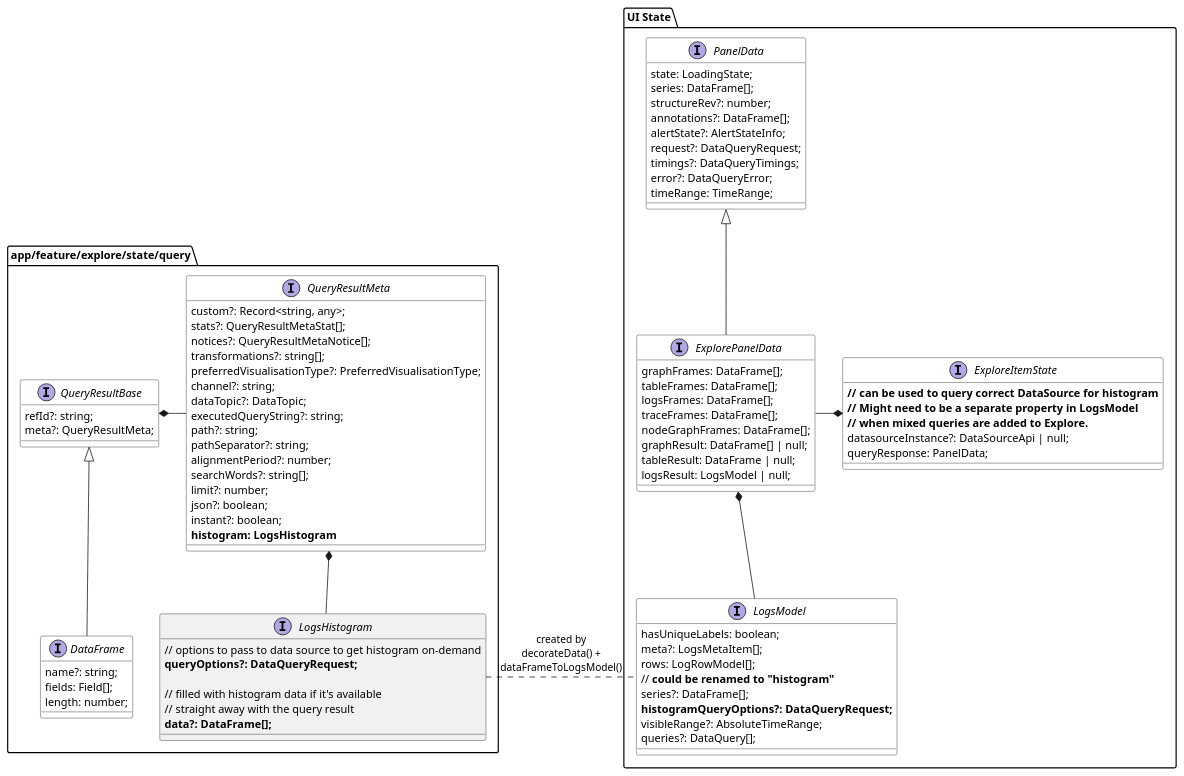
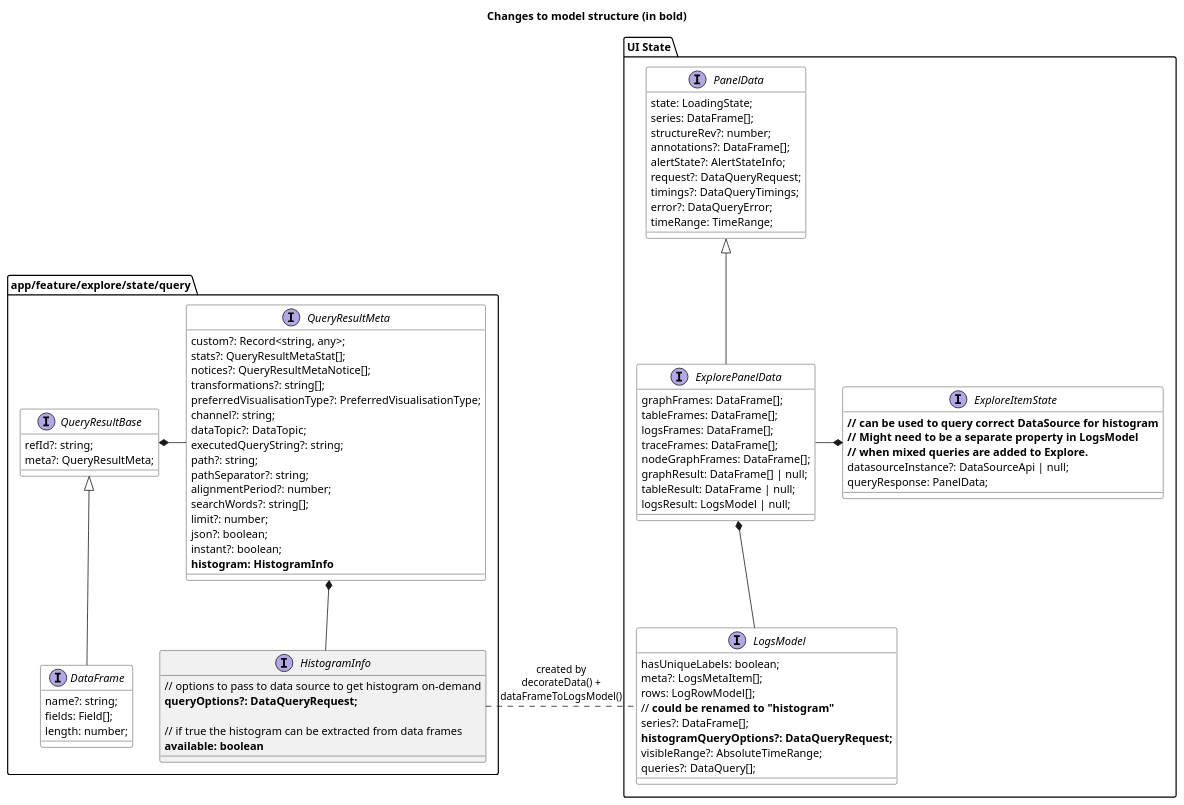
One commit to De30/grafana changed the diagram in public/app/plugins/datasource/loki/docs/full-range-histogram/classes.puml. Above: the diagram before and after it, drawn with PlantUML. The commit also changed 3 other files, not shown here.

Commit message:
Diagrams v2

```diff
--- a/public/app/plugins/datasource/loki/docs/full-range-histogram/classes.puml
+++ b/public/app/plugins/datasource/loki/docs/full-range-histogram/classes.puml
@@ -1,97 +1,98 @@
 @startuml
+
+title: Changes to model structure (in bold)
 
 package "app/feature/explore/state/query" {
   interface DataFrame #white extends QueryResultBase  {
     name?: string;
     fields: Field[];
     length: number;
   }
 
   interface QueryResultBase #white {
     refId?: string;
     meta?: QueryResultMeta;
   }
 
   interface QueryResultMeta #white {
     custom?: Record<string, any>;
     stats?: QueryResultMetaStat[];
     notices?: QueryResultMetaNotice[];
     transformations?: string[];
     preferredVisualisationType?: PreferredVisualisationType;
     channel?: string;
     dataTopic?: DataTopic;
     executedQueryString?: string;
     path?: string;
     pathSeparator?: string;
     alignmentPeriod?: number;
     searchWords?: string[];
     limit?: number;
     json?: boolean;
     instant?: boolean;
-    <b>histogram: LogsHistogram</b>
+    <b>histogram: HistogramInfo</b>
   }
 
-  interface LogsHistogram {
+  interface HistogramInfo {
     // options to pass to data source to get histogram on-demand
     <b>queryOptions?: DataQueryRequest;</b>
 
-    // filled with histogram data if it's available
-    // straight away with the query result
-    <b>data?: DataFrame[];</b>
+    // if true the histogram can be extracted from data frames
+    <b>available: boolean</b>
   }
 
 }
 
 QueryResultBase *- QueryResultMeta
-QueryResultMeta *-- LogsHistogram
+QueryResultMeta *-- HistogramInfo
 
 package "UI State" {
   interface PanelData #white {
     state: LoadingState;
     series: DataFrame[];
     structureRev?: number;
     annotations?: DataFrame[];
     alertState?: AlertStateInfo;
     request?: DataQueryRequest;
     timings?: DataQueryTimings;
     error?: DataQueryError;
     timeRange: TimeRange;
   }
 
   interface ExplorePanelData #white extends PanelData {
     graphFrames: DataFrame[];
     tableFrames: DataFrame[];
     logsFrames: DataFrame[];
     traceFrames: DataFrame[];
     nodeGraphFrames: DataFrame[];
     graphResult: DataFrame[] | null;
     tableResult: DataFrame | null;
     logsResult: LogsModel | null;
   }
 
   interface LogsModel #white {
     hasUniqueLabels: boolean;
     meta?: LogsMetaItem[];
     rows: LogRowModel[];
     // <b>could be renamed to "histogram"
     series?: DataFrame[];
     <b>histogramQueryOptions?: DataQueryRequest;</b>
     visibleRange?: AbsoluteTimeRange;
     queries?: DataQuery[];
   }
 
   interface ExploreItemState #white {
     <b>// can be used to query correct DataSource for histogram</b>
     <b>// Might need to be a separate property in LogsModel
     <b>// when mixed queries are added to Explore.</b>
     datasourceInstance?: DataSourceApi | null;
     queryResponse: PanelData;
   }
 }
 
 ExplorePanelData -* ExploreItemState
 ExplorePanelData *-- LogsModel
 
-LogsHistogram . LogsModel : created by\ndecorateData() +\ndataFrameToLogsModel()
+HistogramInfo . LogsModel : created by\ndecorateData() +\ndataFrameToLogsModel()
 
 @enduml
```
